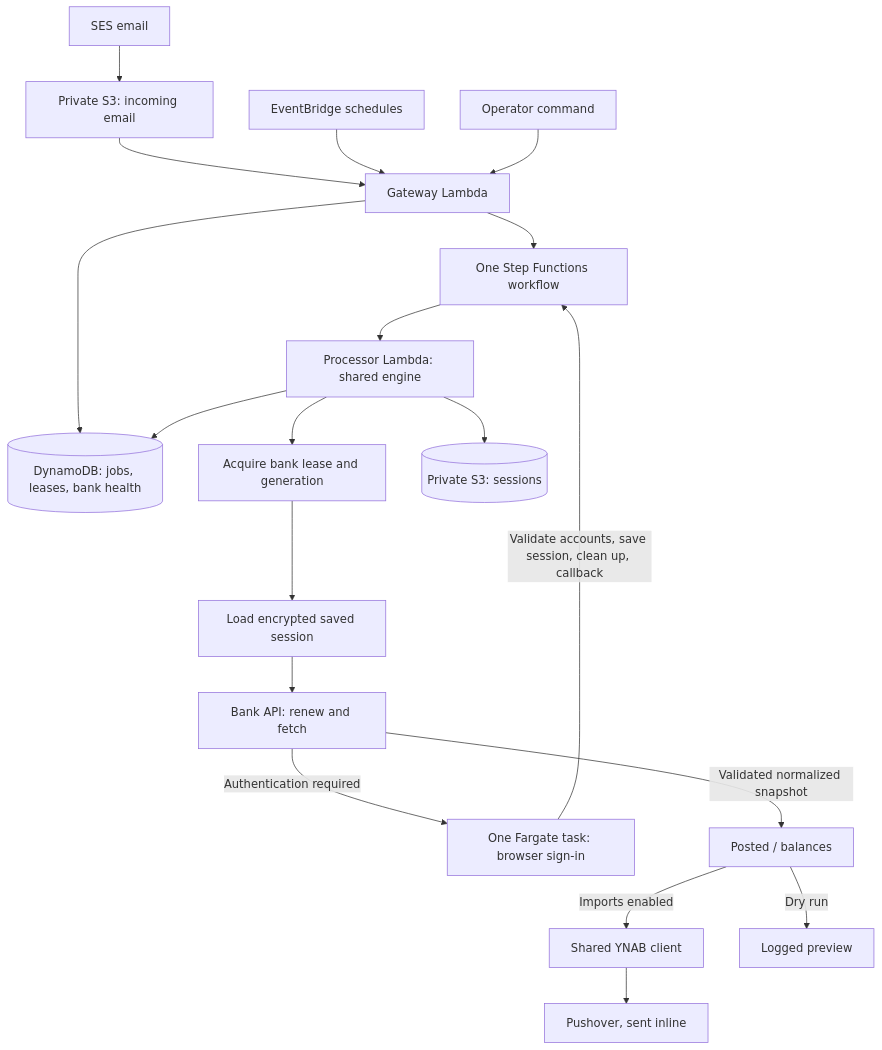
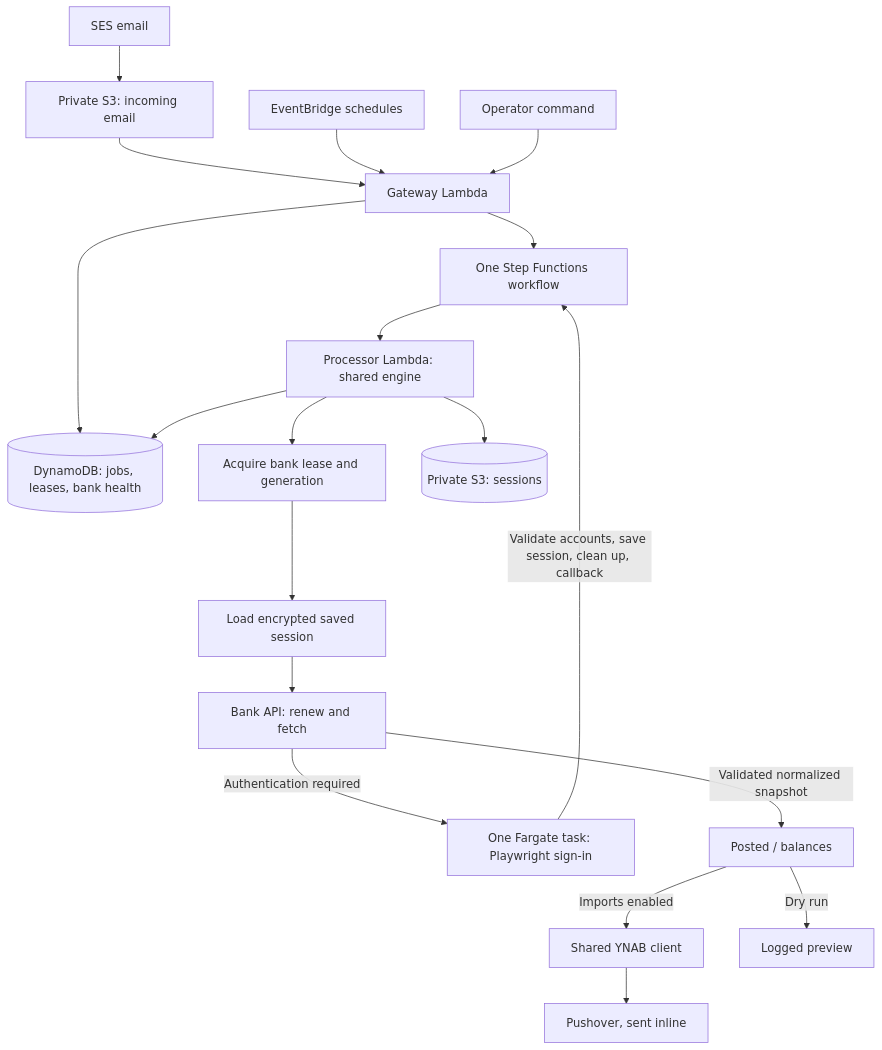
One commit to nathanfredericks/transactions changed the diagram in README.md. Above: the diagram before and after it, drawn with Mermaid. The commit also changed other lines of this file and 12 other files, not shown here.

````diff
--- a/README.md
+++ b/README.md
@@ -5,21 +5,21 @@
 ```mermaid
 flowchart TD
   Email[SES email] --> S3[Private S3: incoming email]
   S3 --> Gateway[Gateway Lambda]
   Schedule[EventBridge schedules] --> Gateway
   Operator[Operator command] --> Gateway
   Gateway --> State[(DynamoDB: jobs, leases, bank health)]
   Gateway --> Workflow[One Step Functions workflow]
   Workflow --> Engine[Processor Lambda: shared engine]
   Engine --> Lease[Acquire bank lease and generation]
   Lease --> Session[Load encrypted saved session]
   Session --> Adapter[Bank API: renew and fetch]
-  Adapter -->|Authentication required| Browser[One Fargate task: browser sign-in]
+  Adapter -->|Authentication required| Browser[One Fargate task: Playwright sign-in]
   Browser -->|Validate accounts, save session, clean up, callback| Workflow
   Adapter -->|Validated normalized snapshot| Strategy[Posted / balances]
   Strategy -->|Imports enabled| YNAB[Shared YNAB client]
   Strategy -->|Dry run| Preview[Logged preview]
   Engine --> State
   Engine --> Private[(Private S3: sessions)]
   YNAB --> Pushover[Pushover, sent inline]
 ```
````
